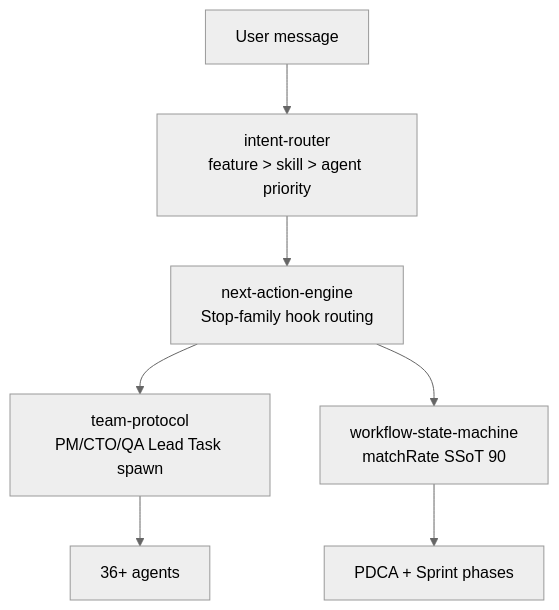
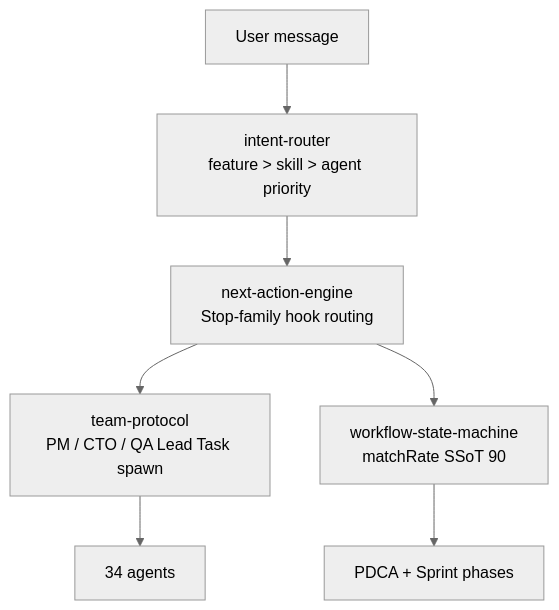
One commit to Stars1233/bkit-claude-code changed the tenth of 10 diagrams in README-FULL.md. Above: the diagram before and after it, drawn with Mermaid (neutral theme). The commit also changed other lines of this file and 1 other file, not shown here.

````diff
--- a/README-FULL.md
+++ b/README-FULL.md
@@ -475,10 +448,10 @@
 ```mermaid
 flowchart TB
-    user[User message]
-    user --> IR[intent-router<br/>feature > skill > agent priority]
-    IR --> NA[next-action-engine<br/>Stop-family hook routing]
-    NA --> TP[team-protocol<br/>PM/CTO/QA Lead Task spawn]
-    NA --> WSM[workflow-state-machine<br/>matchRate SSoT 90]
-    TP --> Agents[36+ agents]
-    WSM --> Phases[PDCA + Sprint phases]
+    user["User message"]
+    user --> IR["intent-router<br/>feature > skill > agent priority"]
+    IR --> NA["next-action-engine<br/>Stop-family hook routing"]
+    NA --> TP["team-protocol<br/>PM / CTO / QA Lead Task spawn"]
+    NA --> WSM["workflow-state-machine<br/>matchRate SSoT 90"]
+    TP --> Agents["34 agents"]
+    WSM --> Phases["PDCA + Sprint phases"]
 ```
````
